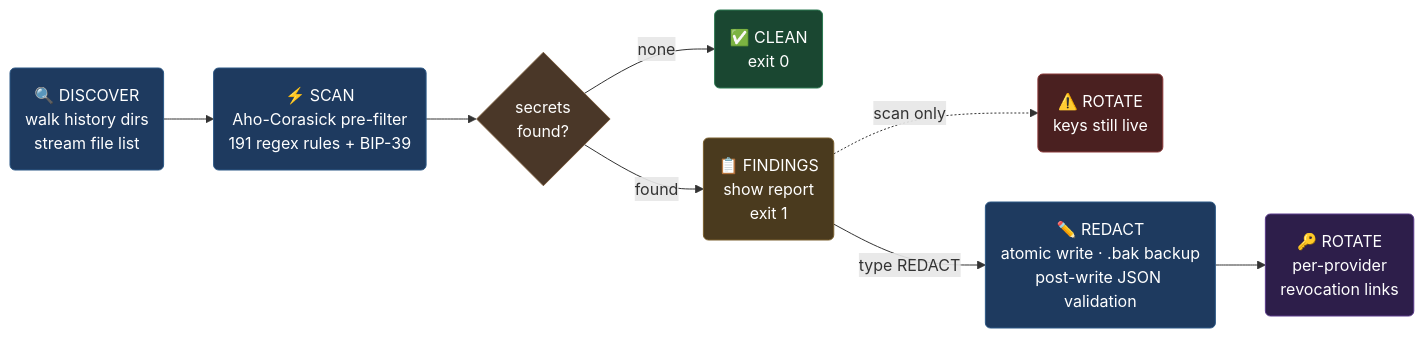
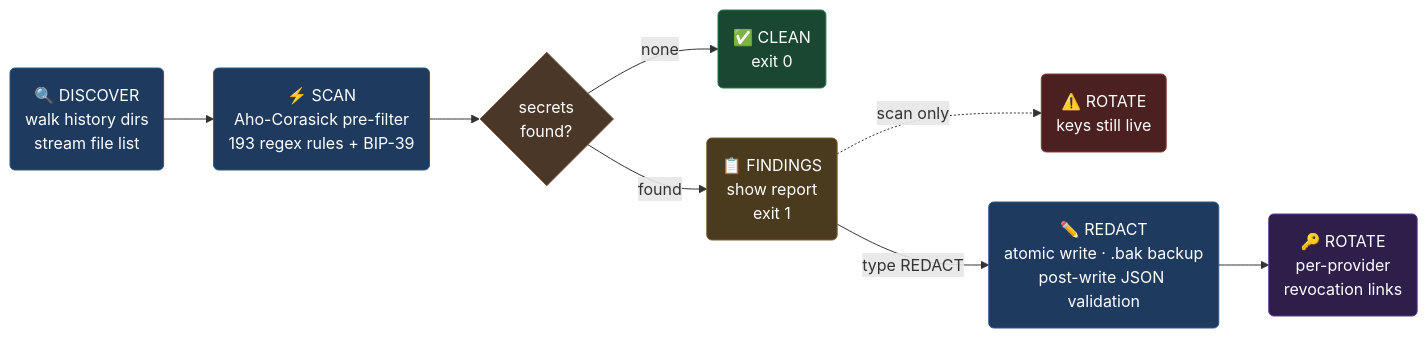
One commit to AhmadBilalDSA/agent-sweep changed the diagram in README.md. Above: the diagram before and after it, drawn with Mermaid. The commit also changed other lines of this file, not shown here.

````diff
--- a/README.md
+++ b/README.md
@@ -73,19 +73,19 @@
 ```mermaid
 flowchart LR
-    A("🔍 DISCOVER\nwalk history dirs\nstream file list") --> B("⚡ SCAN\nAho-Corasick pre-filter\n191 regex rules + BIP-39")
+    A("🔍 DISCOVER\nwalk history dirs\nstream file list") --> B("⚡ SCAN\nAho-Corasick pre-filter\n193 regex rules + BIP-39")
     B --> C{"secrets\nfound?"}
     C -- "none" --> D("✅ CLEAN\nexit 0")
     C -- "found" --> E("📋 FINDINGS\nshow report\nexit 1")
     E -. "scan only" .-> F("⚠️ ROTATE\nkeys still live")
     E -- "type REDACT" --> G("✏️ REDACT\natomic write · .bak backup\npost-write JSON validation")
     G --> H("🔑 ROTATE\nper-provider\nrevocation links")
 
     style A fill:#1e3a5f,color:#fff,stroke:#2d5986
     style B fill:#1e3a5f,color:#fff,stroke:#2d5986
     style C fill:#4a3728,color:#fff,stroke:#7a5c3f
     style D fill:#1a4731,color:#fff,stroke:#2d7a52
     style E fill:#4a3a1e,color:#fff,stroke:#7a6030
     style F fill:#4a2020,color:#fff,stroke:#8b3a3a
     style G fill:#1e3a5f,color:#fff,stroke:#2d5986
     style H fill:#2d1e4a,color:#fff,stroke:#5a3a8b
 ```
````
